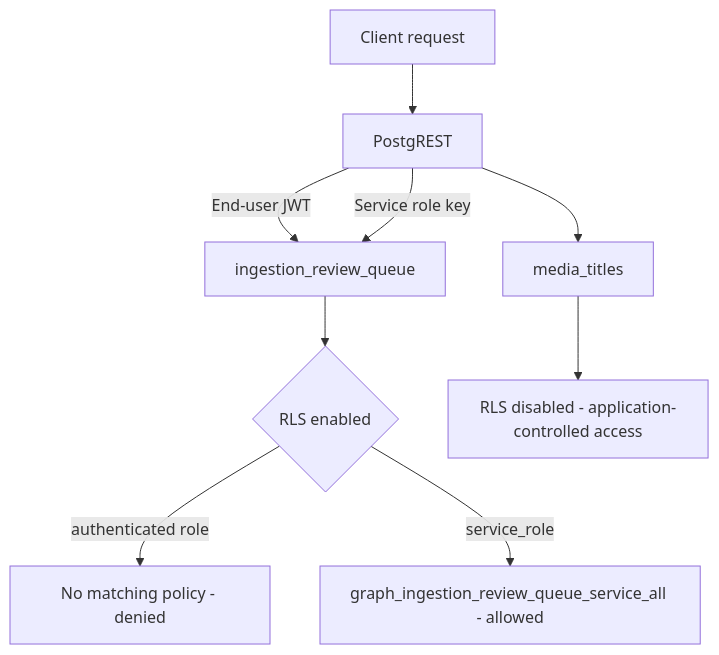
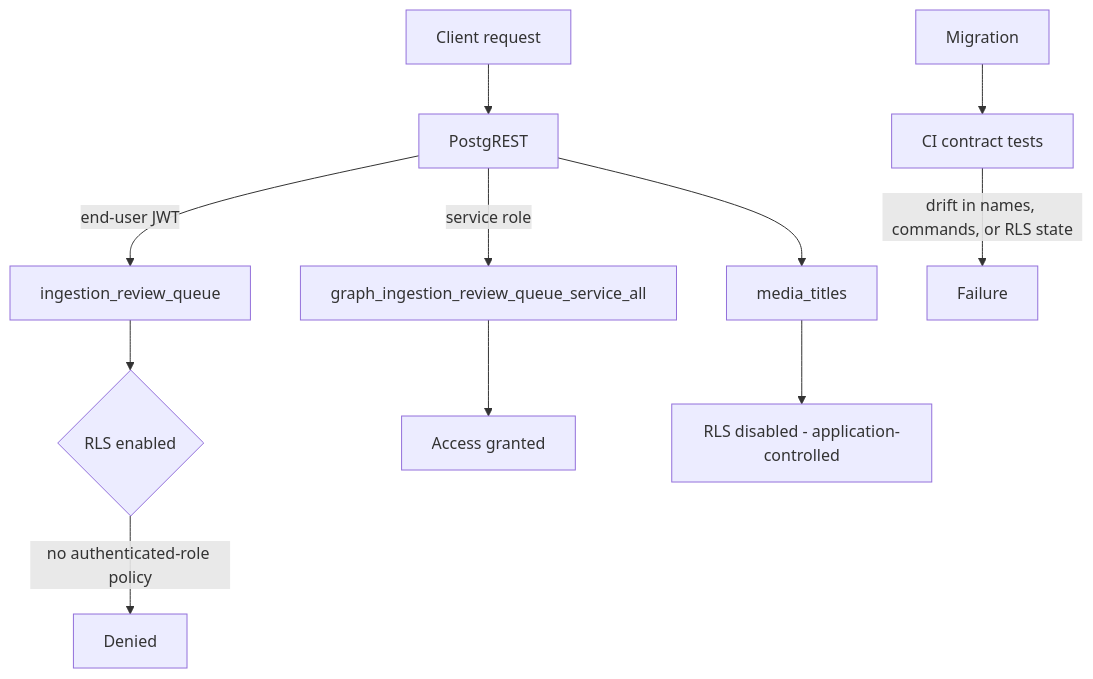
One commit to hybridindie/wiki-fabric changed the diagram in wiki/topics/graph-critical-rls-contract.md. Above: the diagram before and after it, drawn with Mermaid. The commit also changed other lines of this file and 43 other files, not shown here.

````diff
--- a/wiki/topics/graph-critical-rls-contract.md
+++ b/wiki/topics/graph-critical-rls-contract.md
@@ -30,11 +26,13 @@
 ```mermaid
 flowchart TD
     A[Client request] --> B[PostgREST]
-    B -->|End-user JWT| C[ingestion_review_queue]
-    B -->|Service role key| C
+    B -->|end-user JWT| C[ingestion_review_queue]
     C --> D{RLS enabled}
-    D -->|authenticated role| E[No matching policy - denied]
-    D -->|service_role| F[graph_ingestion_review_queue_service_all - allowed]
-    B --> G[media_titles]
-    G --> H[RLS disabled - application-controlled access]
+    D -->|no authenticated-role policy| E[Denied]
+    B -->|service role| F[graph_ingestion_review_queue_service_all]
+    F --> G[Access granted]
+    B --> H[media_titles]
+    H --> I[RLS disabled - application-controlled]
+    J[Migration] --> K[CI contract tests]
+    K -->|drift in names, commands, or RLS state| L[Failure]
 ```
````
